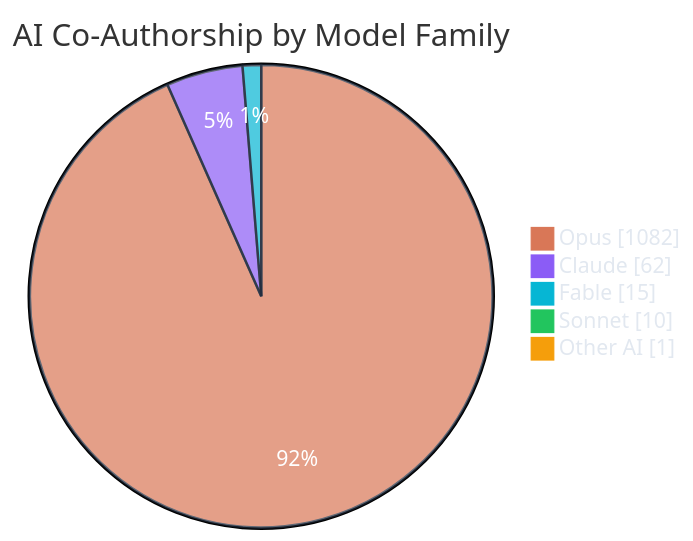
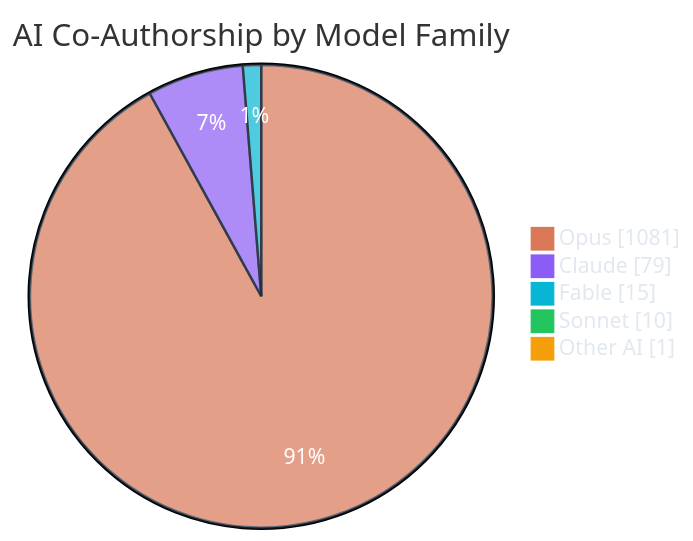
The third of 7 diagrams in README.md (polo-nyan/polo-nyan), drawn with Mermaid before and after one commit. The commit also changed other lines of this file and 1 other file, not shown here.

````diff
--- a/README.md
+++ b/README.md
@@ -279,10 +279,10 @@
 ```mermaid
 %%{init: {"theme": "base", "themeVariables": { "pie1": "#d97757", "pie2": "#8b5cf6", "pie3": "#06b6d4", "pie4": "#22c55e", "pie5": "#f59e0b", "pie6": "#ec4899", "pieTextColor": "#ffffff", "pieLegendTextColor": "#e2e8f0", "pieSectionTextColor": "#ffffff", "pieStrokeColor": "#1e293b" }}}%%
 pie showData
     title AI Co-Authorship by Model Family
-    "Opus" : 1082
-    "Claude" : 62
+    "Opus" : 1081
+    "Claude" : 79
     "Fable" : 15
     "Sonnet" : 10
     "Other AI" : 1
 ```
````
